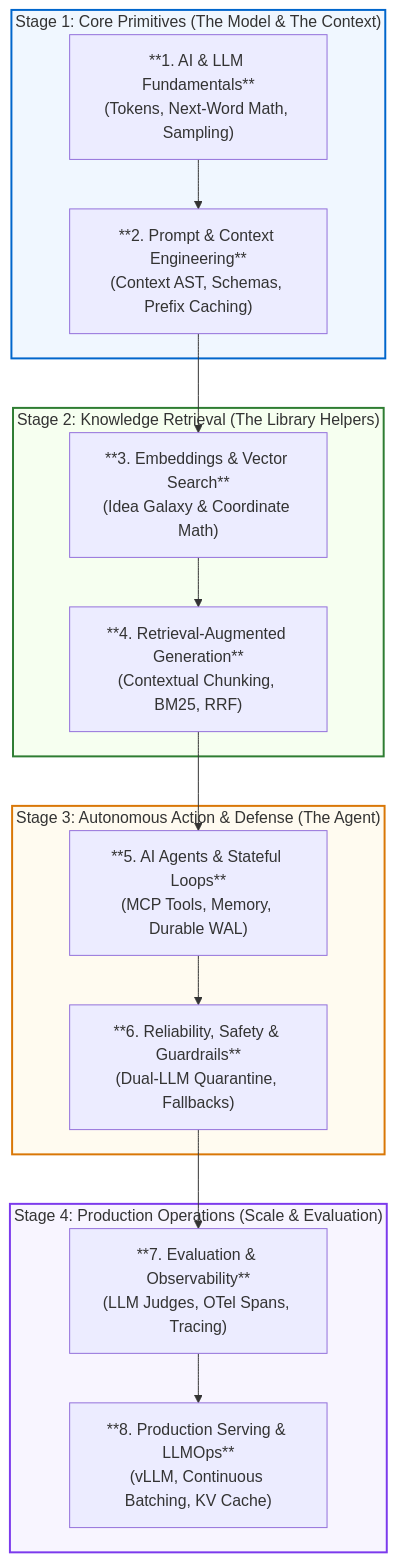
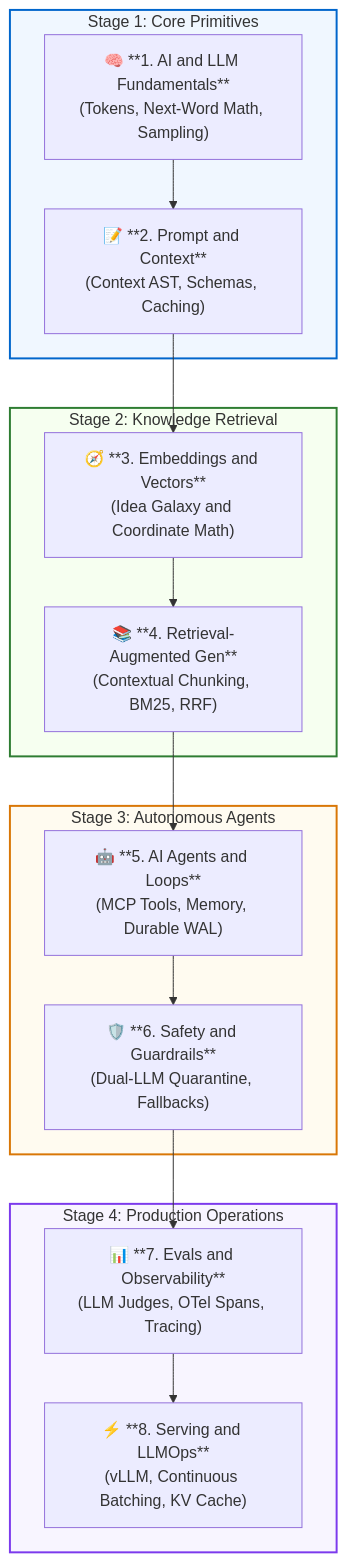
Before and after one commit to dip4k/senior-engineer-to-ai-engineer-roadmap: the diagram in AI_ENGINEER_ROADMAP.md, drawn with Mermaid. The commit also changed other lines of this file and 94 other files, not shown here.

Commit message:
refactor(curriculum): complete Phase 04 upgrade and enforce diagram renderer invariants

````diff
--- a/AI_ENGINEER_ROADMAP.md
+++ b/AI_ENGINEER_ROADMAP.md
@@ -55,27 +55,27 @@
 ```mermaid
 flowchart TD
-    subgraph Track1["Stage 1: Core Primitives (The Model & The Context)"]
-        C1["**1. AI & LLM Fundamentals**<br>(Tokens, Next-Word Math, Sampling)"] --> C2["**2. Prompt & Context Engineering**<br>(Context AST, Schemas, Prefix Caching)"]
+    subgraph Track1["Stage 1: Core Primitives"]
+        C1["🧠 **1. AI and LLM Fundamentals**<br>(Tokens, Next-Word Math, Sampling)"] --> C2["📝 **2. Prompt and Context**<br>(Context AST, Schemas, Caching)"]
     end
 
-    subgraph Track2["Stage 2: Knowledge Retrieval (The Library Helpers)"]
-        C3["**3. Embeddings & Vector Search**<br>(Idea Galaxy & Coordinate Math)"] --> C4["**4. Retrieval-Augmented Generation**<br>(Contextual Chunking, BM25, RRF)"]
+    subgraph Track2["Stage 2: Knowledge Retrieval"]
+        C3["🧭 **3. Embeddings and Vectors**<br>(Idea Galaxy and Coordinate Math)"] --> C4["📚 **4. Retrieval-Augmented Gen**<br>(Contextual Chunking, BM25, RRF)"]
     end
 
-    subgraph Track3["Stage 3: Autonomous Action & Defense (The Agent)"]
-        C5["**5. AI Agents & Stateful Loops**<br>(MCP Tools, Memory, Durable WAL)"] --> C6["**6. Reliability, Safety & Guardrails**<br>(Dual-LLM Quarantine, Fallbacks)"]
+    subgraph Track3["Stage 3: Autonomous Agents"]
+        C5["🤖 **5. AI Agents and Loops**<br>(MCP Tools, Memory, Durable WAL)"] --> C6["🛡️ **6. Safety and Guardrails**<br>(Dual-LLM Quarantine, Fallbacks)"]
     end
 
-    subgraph Track4["Stage 4: Production Operations (Scale & Evaluation)"]
-        C7["**7. Evaluation & Observability**<br>(LLM Judges, OTel Spans, Tracing)"] --> C8["**8. Production Serving & LLMOps**<br>(vLLM, Continuous Batching, KV Cache)"]
+    subgraph Track4["Stage 4: Production Operations"]
+        C7["📊 **7. Evals and Observability**<br>(LLM Judges, OTel Spans, Tracing)"] --> C8["⚡ **8. Serving and LLMOps**<br>(vLLM, Continuous Batching, KV Cache)"]
     end
 
     C2 --> C3
     C4 --> C5
     C6 --> C7
 
     style Track1 fill:#f0f7ff,stroke:#0066cc,stroke-width:2px
     style Track2 fill:#f6fff0,stroke:#2e7d32,stroke-width:2px
     style Track3 fill:#fffbf0,stroke:#d97706,stroke-width:2px
     style Track4 fill:#f8f5ff,stroke:#7c3aed,stroke-width:2px
 ```
````
